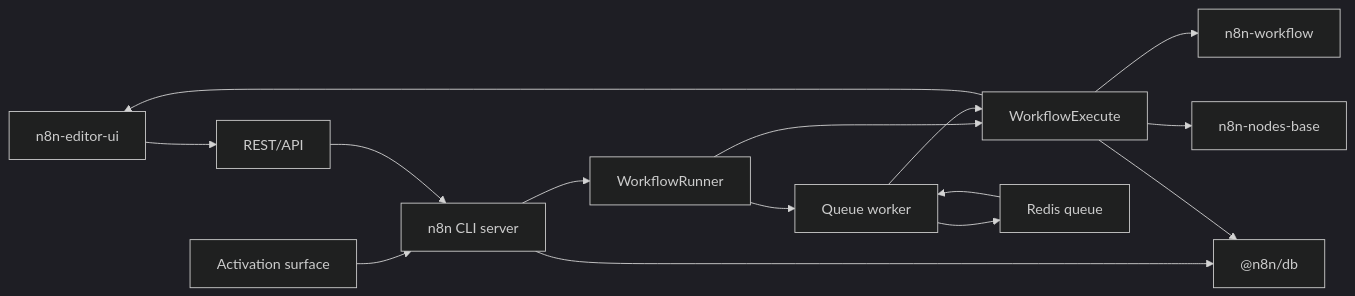
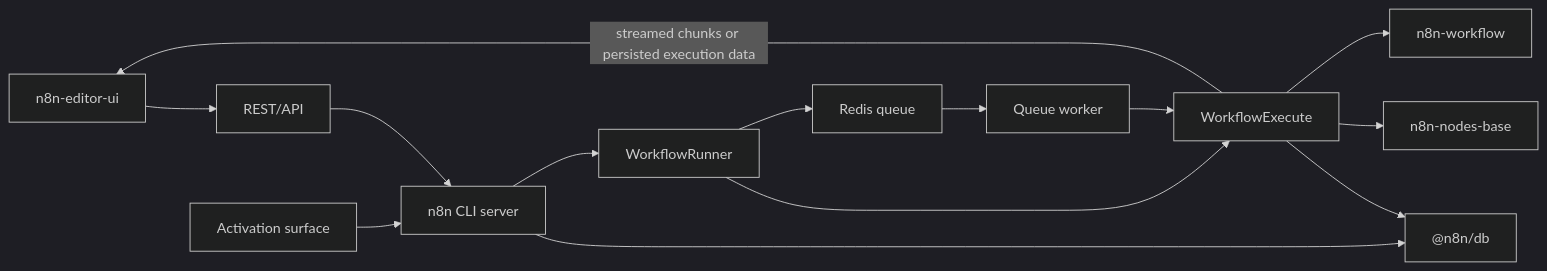
The diagram in 00-the-big-picture.md (joels-sandgarden/n8n-docs), drawn with Mermaid (dark theme) before and after one commit. The commit also changed other lines of this file, not shown here.

Commit message:
Update platform map hub page

````diff
--- a/00-the-big-picture.md
+++ b/00-the-big-picture.md
@@ -39,29 +39,28 @@
 ```mermaid
 flowchart LR
   editor["n8n-editor-ui"]
   rest["REST/API"]
   activation["Activation surface"]
   server["n8n CLI server"]
   runner["WorkflowRunner"]
   execute["WorkflowExecute"]
   workflowPkg["n8n-workflow"]
   nodes["n8n-nodes-base"]
   db["@n8n/db"]
   worker["Queue worker"]
   queue["Redis queue"]
 
   editor --> rest
   activation --> server
   rest --> server
   server --> runner
   runner --> execute
   execute --> workflowPkg
   execute --> nodes
   server --> db
   execute --> db
-  runner --> worker
-  worker --> queue
+  runner --> queue
   queue --> worker
   worker --> execute
-  execute --> editor
+  execute -->|streamed chunks or persisted execution data| editor
 ```
````
